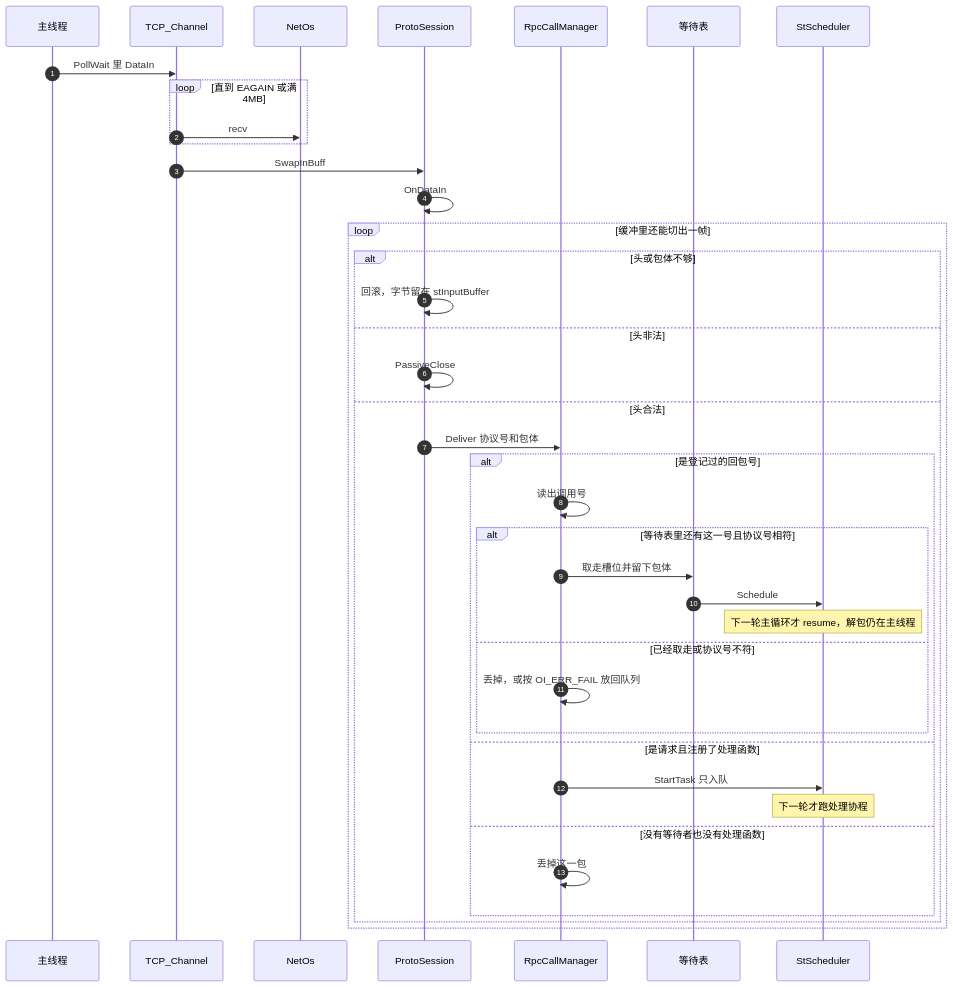
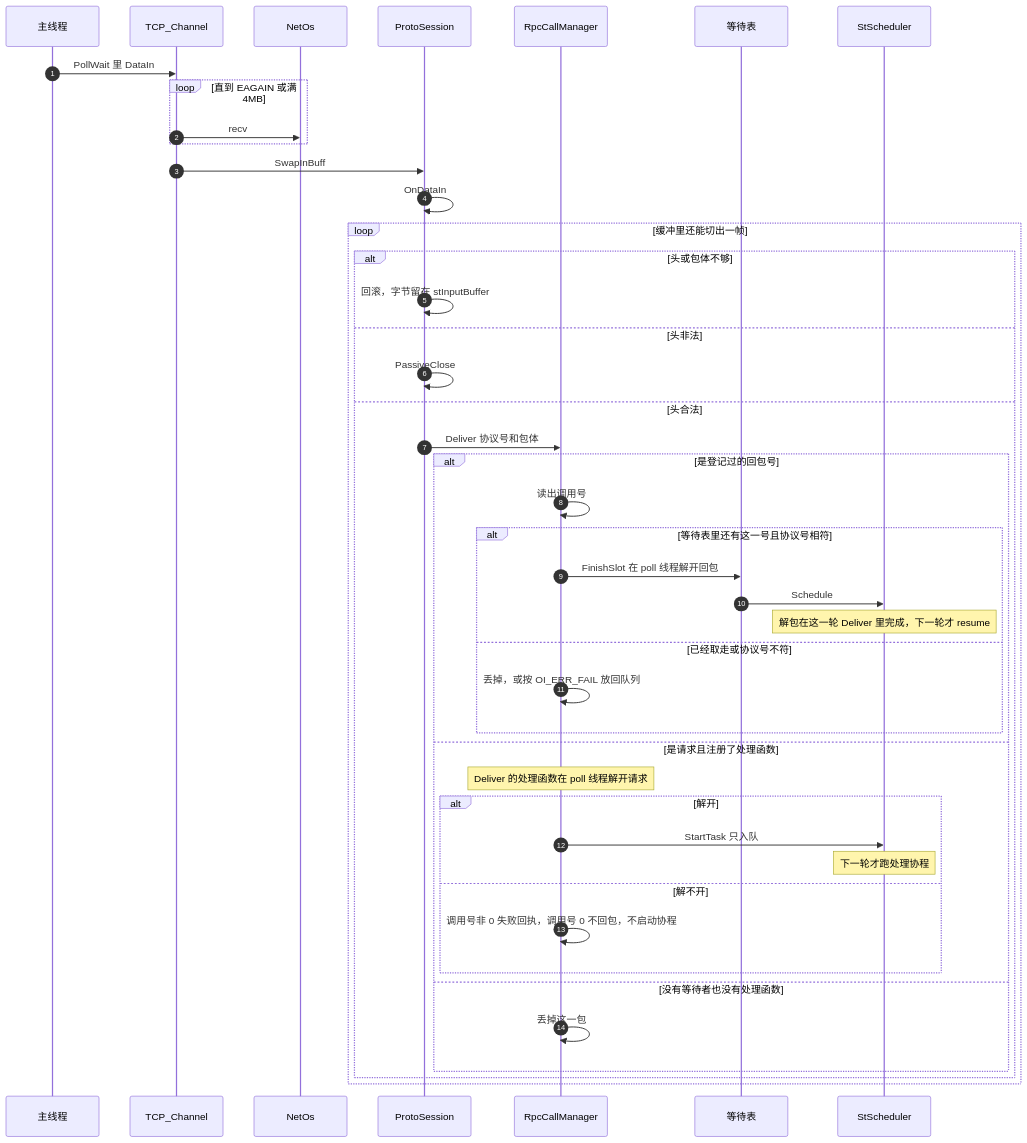
One commit to orikiaru/openidea changed the diagram in docs/sequence-diagram/single-thread/receive.md. Above: the diagram before and after it, drawn with Mermaid. The commit also changed 25 other files, not shown here.

````diff
--- a/docs/sequence-diagram/single-thread/receive.md
+++ b/docs/sequence-diagram/single-thread/receive.md
@@ -7,42 +7,47 @@
 ```mermaid
 sequenceDiagram
     autonumber
     participant Main as 主线程
     participant Tcp as TCP_Channel
     participant Os as NetOs
     participant Sess as ProtoSession
     participant Rpc as RpcCallManager
     participant Wait as 等待表
     participant Queue as StScheduler
 
     Main->>Tcp: PollWait 里 DataIn
     loop 直到 EAGAIN 或满 4MB
         Tcp->>Os: recv
     end
     Tcp->>Sess: SwapInBuff
     Sess->>Sess: OnDataIn
     loop 缓冲里还能切出一帧
         alt 头或包体不够
             Sess->>Sess: 回滚，字节留在 stInputBuffer
         else 头非法
             Sess->>Sess: PassiveClose
         else 头合法
             Sess->>Rpc: Deliver 协议号和包体
             alt 是登记过的回包号
                 Rpc->>Rpc: 读出调用号
                 alt 等待表里还有这一号且协议号相符
-                    Rpc->>Wait: 取走槽位并留下包体
+                    Rpc->>Wait: FinishSlot 在 poll 线程解开回包
                     Wait->>Queue: Schedule
-                    Note over Queue: 下一轮主循环才 resume，解包仍在主线程
+                    Note over Queue: 解包在这一轮 Deliver 里完成，下一轮才 resume
                 else 已经取走或协议号不符
                     Rpc->>Rpc: 丢掉，或按 OI_ERR_FAIL 放回队列
                 end
             else 是请求且注册了处理函数
-                Rpc->>Queue: StartTask 只入队
-                Note over Queue: 下一轮才跑处理协程
+                Note over Rpc: Deliver 的处理函数在 poll 线程解开请求
+                alt 解开
+                    Rpc->>Queue: StartTask 只入队
+                    Note over Queue: 下一轮才跑处理协程
+                else 解不开
+                    Rpc->>Rpc: 调用号非 0 失败回执，调用号 0 不回包，不启动协程
+                end
             else 没有等待者也没有处理函数
                 Rpc->>Rpc: 丢掉这一包
             end
         end
     end
 ```
````
